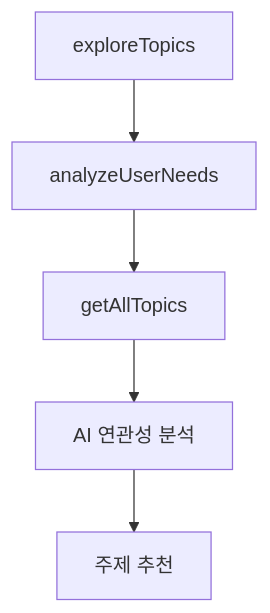
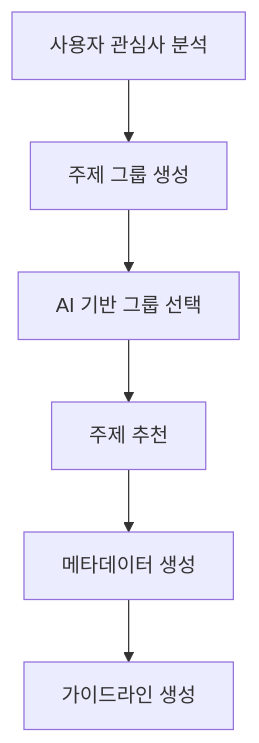
One commit to Team-BBanana/grimMadang-nest-ai changed the second of 4 diagrams in README.md. Above: the diagram before and after it, drawn with Mermaid. The commit also changed other lines of this file, not shown here.

````diff
--- a/README.md
+++ b/README.md
@@ -278,7 +286,8 @@
 ```mermaid
-graph TD
-    A[exploreTopics] --> B[analyzeUserNeeds]
-    B --> C[getAllTopics]
-    C --> D[AI 연관성 분석]
-    D --> E[주제 추천]
+flowchart TB
+    A[사용자 관심사 분석] --> B[주제 그룹 생성]
+    B --> C[AI 기반 그룹 선택]
+    C --> D[주제 추천]
+    D --> E[메타데이터 생성]
+    E --> F[가이드라인 생성]
 ```
````
